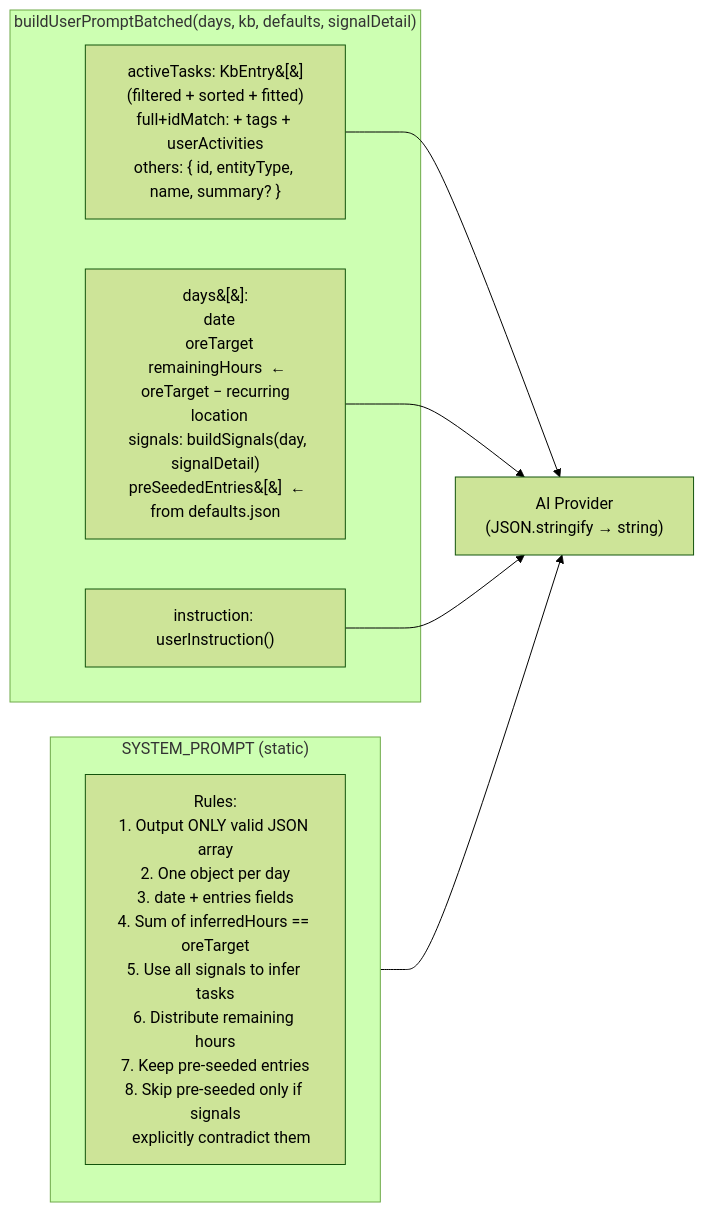
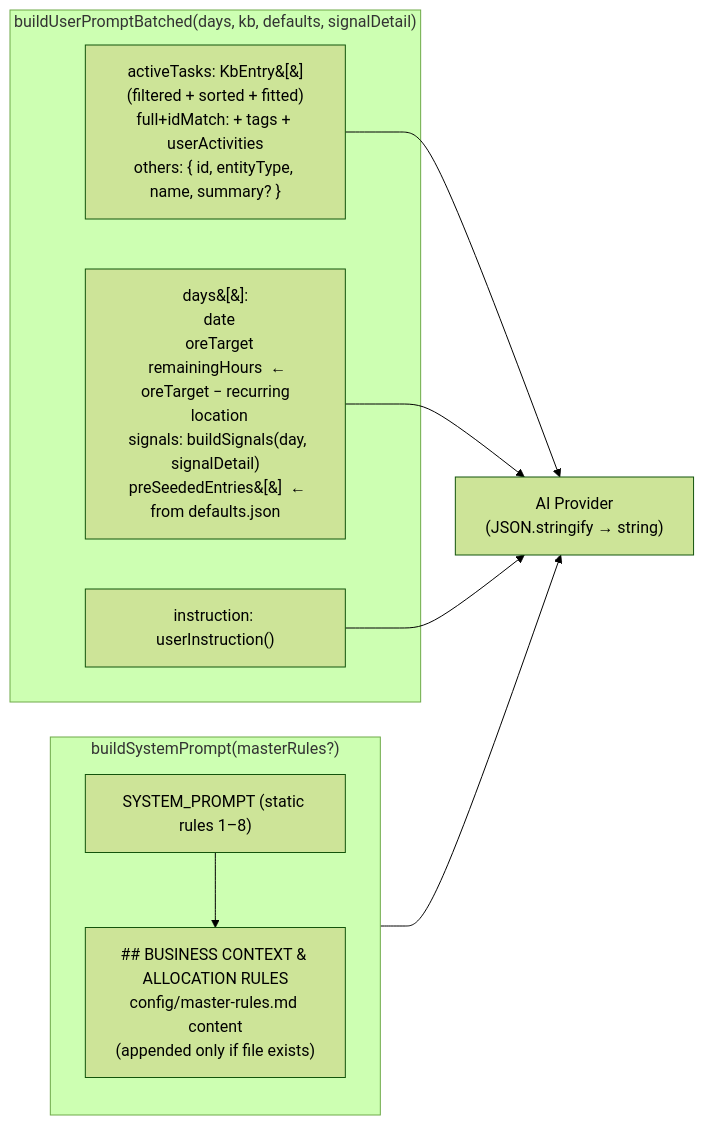
One commit to shinjigi/my_ms_graph_api_collector changed the fourth of 10 diagrams in docs/AI-ANALYSIS.md. Above: the diagram before and after it, drawn with Mermaid (forest theme). The commit also changed other lines of this file and 43 other files, not shown here.

````diff
--- a/docs/AI-ANALYSIS.md
+++ b/docs/AI-ANALYSIS.md
@@ -218,15 +218,17 @@
 ```mermaid
 flowchart LR
-    subgraph SystemPrompt["SYSTEM_PROMPT (static)"]
-        SP["Rules:\n1. Output ONLY valid JSON array\n2. One object per day\n3. date + entries fields\n4. Sum of inferredHours == oreTarget\n5. Use all signals to infer tasks\n6. Distribute remaining hours\n7. Keep pre-seeded entries\n8. Skip pre-seeded only if signals\n   explicitly contradict them"]
+    subgraph SystemPrompt["buildSystemPrompt(masterRules?)"]
+        SP["SYSTEM_PROMPT (static rules 1–8)"]
+        MR["## BUSINESS CONTEXT & ALLOCATION RULES\nconfig/master-rules.md content\n(appended only if file exists)"]
+        SP --> MR
     end
 
     subgraph UserPrompt["buildUserPromptBatched(days, kb, defaults, signalDetail)"]
         UP_KB["activeTasks: KbEntry&#91;&#93;\n(filtered + sorted + fitted)\nfull+idMatch: + tags + userActivities\nothers: { id, entityType, name, summary? }"]
         UP_DAYS["days&#91;&#93;:\n  date\n  oreTarget\n  remainingHours  ← oreTarget − recurring\n  location\n  signals: buildSignals(day, signalDetail)\n  preSeededEntries&#91;&#93;  ← from defaults.json"]
         UP_INS["instruction: userInstruction()"]
     end
 
     SystemPrompt --> Provider
     UP_KB & UP_DAYS & UP_INS --> Provider["AI Provider\n(JSON.stringify → string)"]
 ```
````
